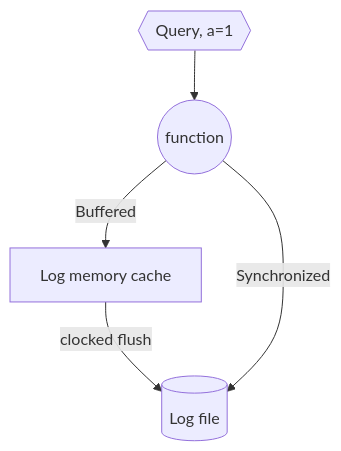
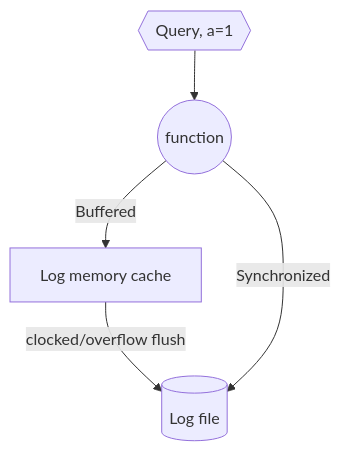
Before and after one commit to LamaAni/db_playground: the first of 2 diagrams in commit_log/commit_log.md, drawn with Mermaid. The commit also changed other lines of this file, not shown here.

````diff
--- a/commit_log/commit_log.md
+++ b/commit_log/commit_log.md
@@ -123,12 +131,12 @@
 ```mermaid
 flowchart TD
    q1{{Query, a=1}}
    disk[(Log file)]
    fn((function))
    lcache[Log memory cache]
 
    q1-->fn
-   lcache-->|clocked flush|disk
+   lcache-->|clocked/overflow flush|disk
    fn-->|Buffered|lcache
    fn-->|Synchronized|disk
 ```
````
